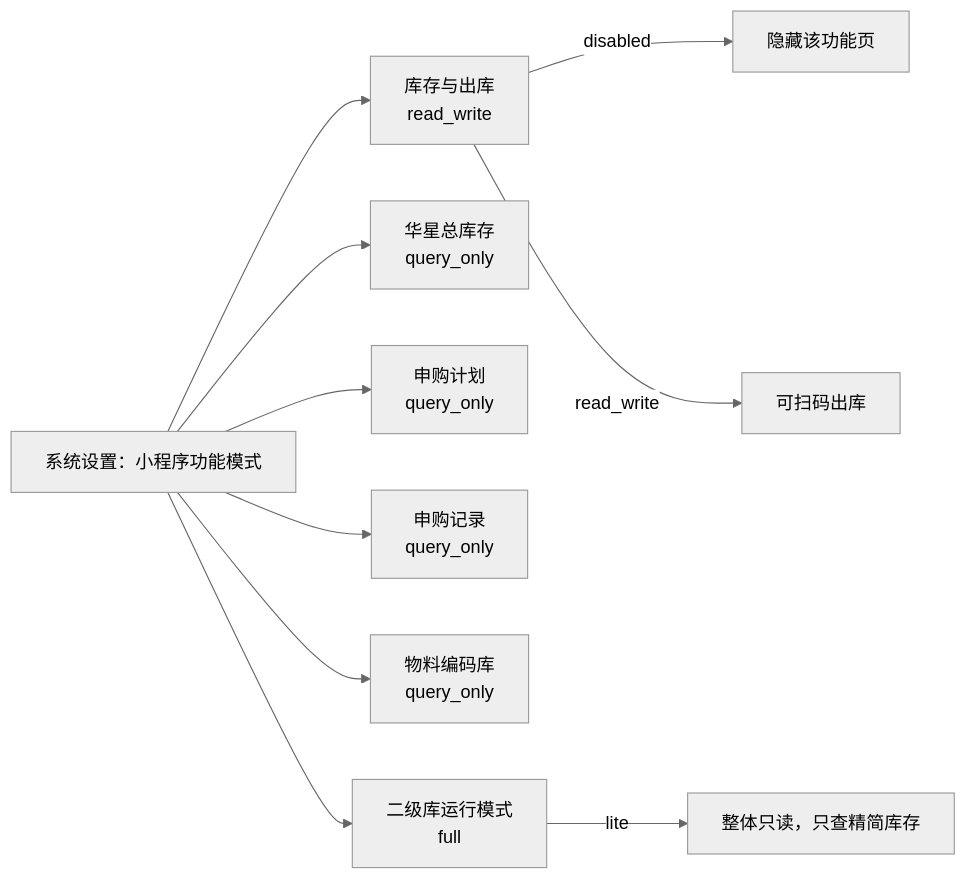
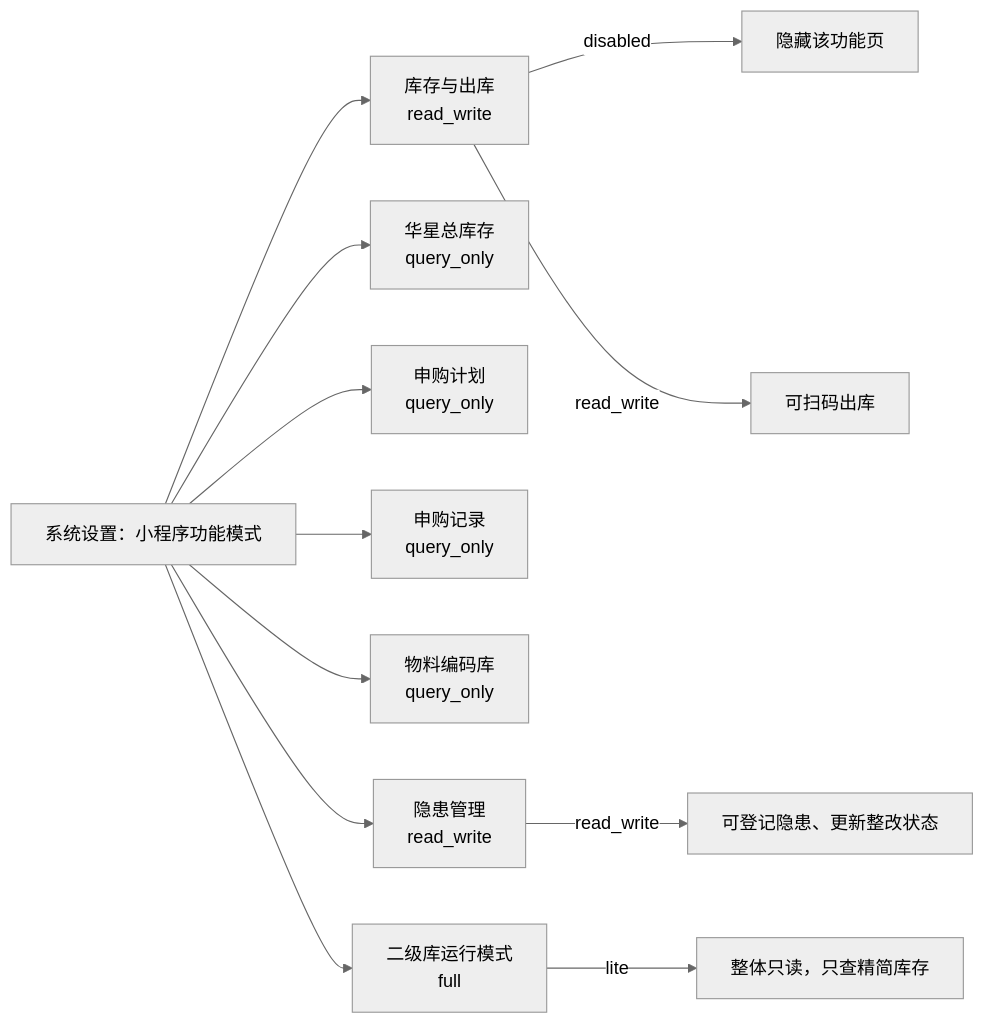
The sixth of 6 diagrams in docs/websites/pages/dev-architecture.md (Sakana-1314/Electrical-Manager), drawn with Mermaid (neutral theme) before and after one commit. The commit also changed other lines of this file and 46 other files, not shown here.

````diff
--- a/docs/websites/pages/dev-architecture.md
+++ b/docs/websites/pages/dev-architecture.md
@@ -765,12 +788,14 @@
 ```mermaid
 flowchart LR
     S["系统设置：小程序功能模式"] --> I["库存与出库<br/>read_write"]
     S --> H["华星总库存<br/>query_only"]
     S --> P["申购计划<br/>query_only"]
     S --> R["申购记录<br/>query_only"]
     S --> C["物料编码库<br/>query_only"]
+    S --> Z["隐患管理<br/>read_write"]
     S --> L["二级库运行模式<br/>full"]
     I -- "disabled" --> I1["隐藏该功能页"]
     I -- "read_write" --> I2["可扫码出库"]
+    Z -- "read_write" --> Z2["可登记隐患、更新整改状态"]
     L -- "lite" --> L1["整体只读，只查精简库存"]
 ```
````
